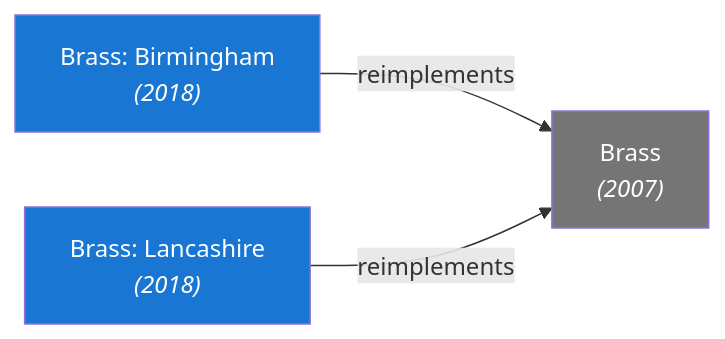
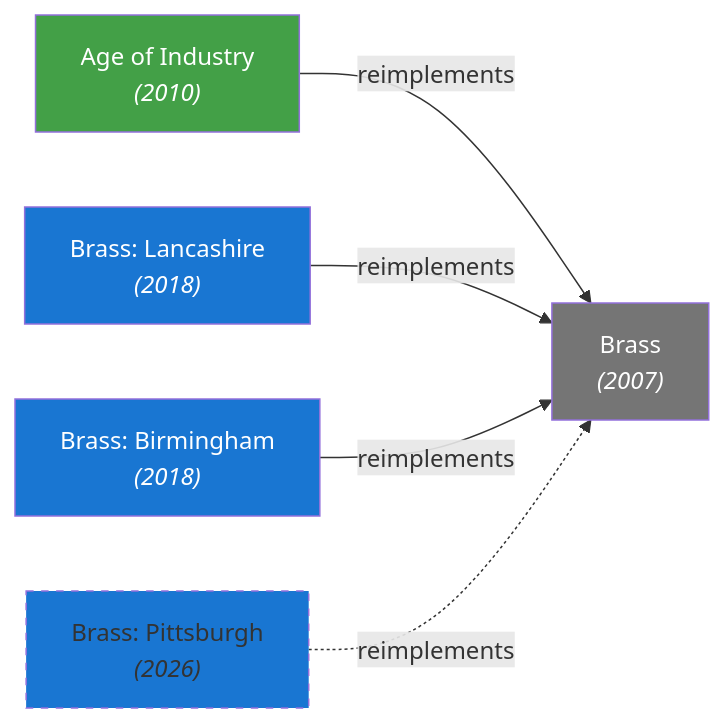
One commit to tabletop-commons/OpenTabletop changed the second of 2 diagrams in docs/src/pillars/data-model/relationships.md. Above: the diagram before and after it, drawn with Mermaid. The commit also changed other lines of this file and 68 other files, not shown here.

````diff
--- a/docs/src/pillars/data-model/relationships.md
+++ b/docs/src/pillars/data-model/relationships.md
@@ -104,13 +208,19 @@
 ```mermaid
 flowchart LR
     B["Brass<br/><i>(2007)</i>"]
+    AI["Age of Industry<br/><i>(2010)</i>"]
+    BL["Brass: Lancashire<br/><i>(2018)</i>"]
     BB["Brass: Birmingham<br/><i>(2018)</i>"]
-    BL["Brass: Lancashire<br/><i>(2018)</i>"]
+    BP["Brass: Pittsburgh<br/><i>(2026)</i>"]
 
+    AI -->|reimplements| B
+    BL -->|reimplements| B
     BB -->|reimplements| B
-    BL -->|reimplements| B
+    BP -.->|reimplements| B
 
     style B fill:#757575,color:#fff
+    style AI fill:#43a047,color:#fff
+    style BL fill:#1976d2,color:#fff
     style BB fill:#1976d2,color:#fff
-    style BL fill:#1976d2,color:#fff
+    style BP fill:#1976d2,stroke-dasharray: 5 5
 ```
````
